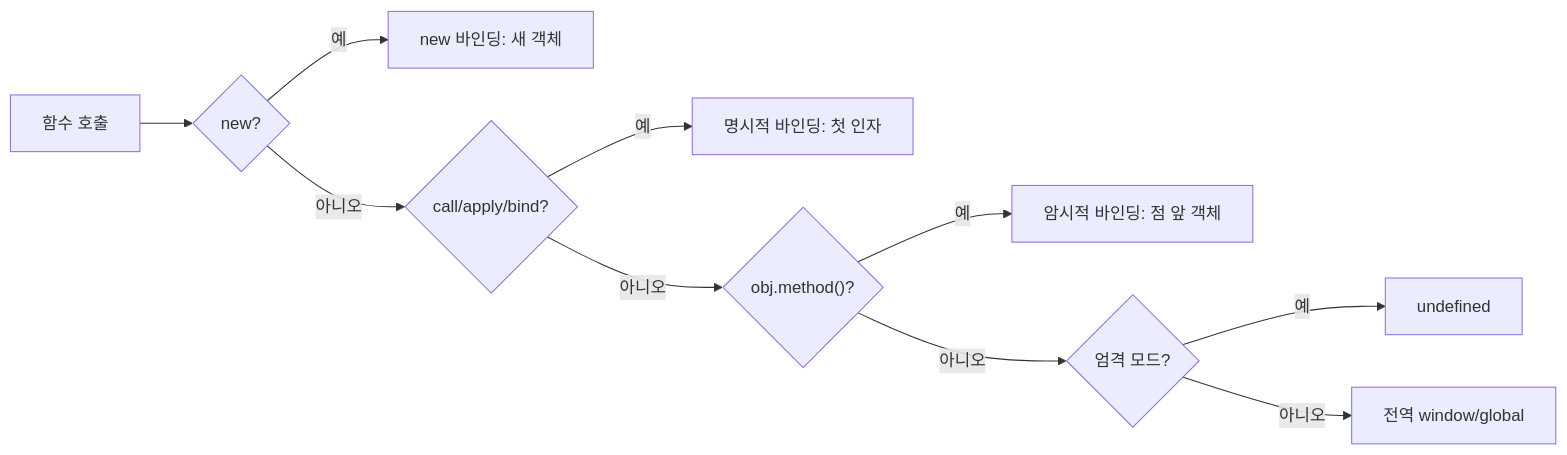
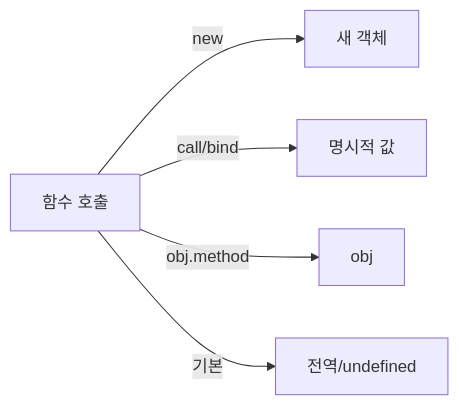
Before and after one commit to yjkim2015/yjkim2015.github.io: the first of 7 diagrams in _posts/frontend/2026-05-02-js-this-binding.md, drawn with Mermaid. The commit also changed other lines of this file and 163 other files, not shown here.

First line of the commit message:
Mermaid 300개 블록 내용 축소: 5노드 5엣지 이하, 의미 있는 약어

````diff
--- a/_posts/frontend/2026-05-02-js-this-binding.md
+++ b/_posts/frontend/2026-05-02-js-this-binding.md
@@ -22,12 +22,7 @@
 ```mermaid
-flowchart LR
-    A["함수 호출"] --> B{"new?"}
-    B -->|"예"| C["new 바인딩: 새 객체"]
-    B -->|"아니오"| D{"call/apply/bind?"}
-    D -->|"예"| E["명시적 바인딩: 첫 인자"]
-    D -->|"아니오"| F{"obj.method()?"}
-    F -->|"예"| G["암시적 바인딩: 점 앞 객체"]
-    F -->|"아니오"| H{"엄격 모드?"}
-    H -->|"예"| I["undefined"]
-    H -->|"아니오"| J["전역 window/global"]
+graph LR
+    A["함수 호출"] -->|"new"| B["새 객체"]
+    A -->|"call/bind"| C["명시적 값"]
+    A -->|"obj.method"| D["obj"]
+    A -->|"기본"| E["전역/undefined"]
 ```
````
